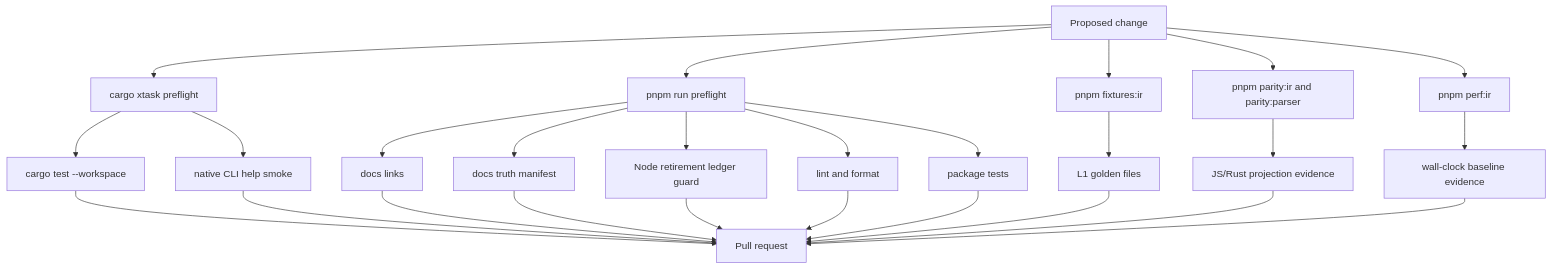
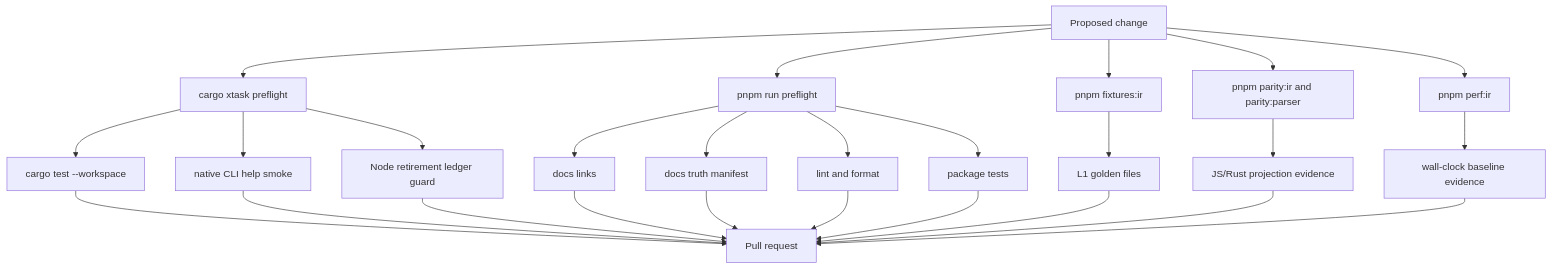
Before and after one commit to flyingrobots/wesley: diagram 20 of 23 in docs/END_TO_END.md, drawn with Mermaid. The commit also changed 2 other files, not shown here.

Commit message:
Fix: Route node retirement guard through Rust preflight

````diff
--- a/docs/END_TO_END.md
+++ b/docs/END_TO_END.md
@@ -898,31 +898,31 @@
 ```mermaid
 flowchart TD
     Change[Proposed change] --> RustPreflight[cargo xtask preflight]
     Change --> LegacyPreflight[pnpm run preflight]
     Change --> Fixtures[pnpm fixtures:ir]
     Change --> Parity[pnpm parity:ir and parity:parser]
     Change --> Perf[pnpm perf:ir]
 
     RustPreflight --> RustTests[cargo test --workspace]
     RustPreflight --> NativeHelp[native CLI help smoke]
     LegacyPreflight --> DocsLinks[docs links]
     LegacyPreflight --> DocsTruth[docs truth manifest]
-    LegacyPreflight --> NodeRetirement[Node retirement ledger guard]
+    RustPreflight --> NodeRetirement[Node retirement ledger guard]
     LegacyPreflight --> Lint[lint and format]
     LegacyPreflight --> PackageTests[package tests]
 
     Fixtures --> Golden[L1 golden files]
     Parity --> Comparator[JS/Rust projection evidence]
     Perf --> Baseline[wall-clock baseline evidence]
 
     RustTests --> PR[Pull request]
     NativeHelp --> PR
     DocsLinks --> PR
     DocsTruth --> PR
     NodeRetirement --> PR
     Lint --> PR
     PackageTests --> PR
     Golden --> PR
     Comparator --> PR
     Baseline --> PR
 ```
````
